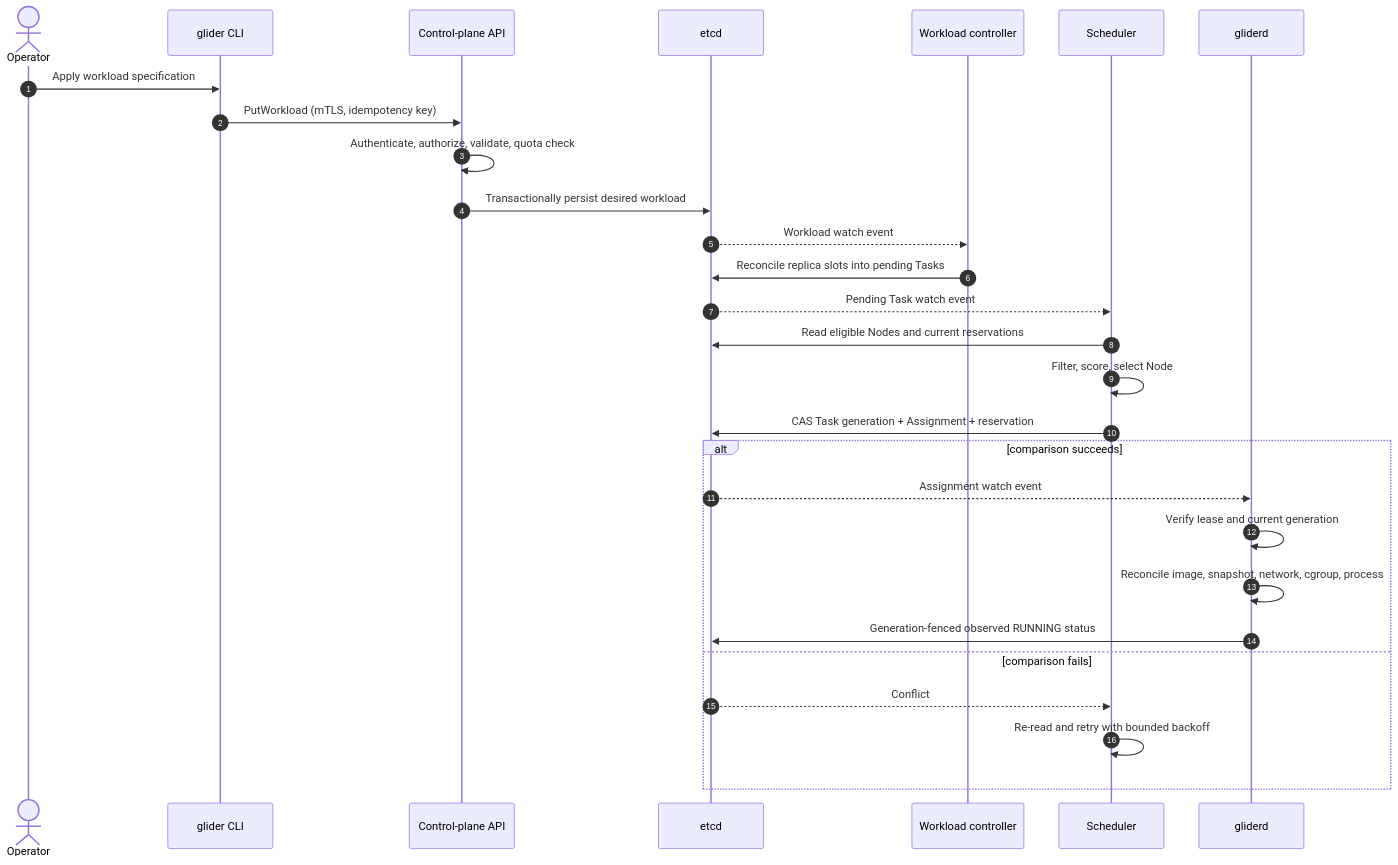
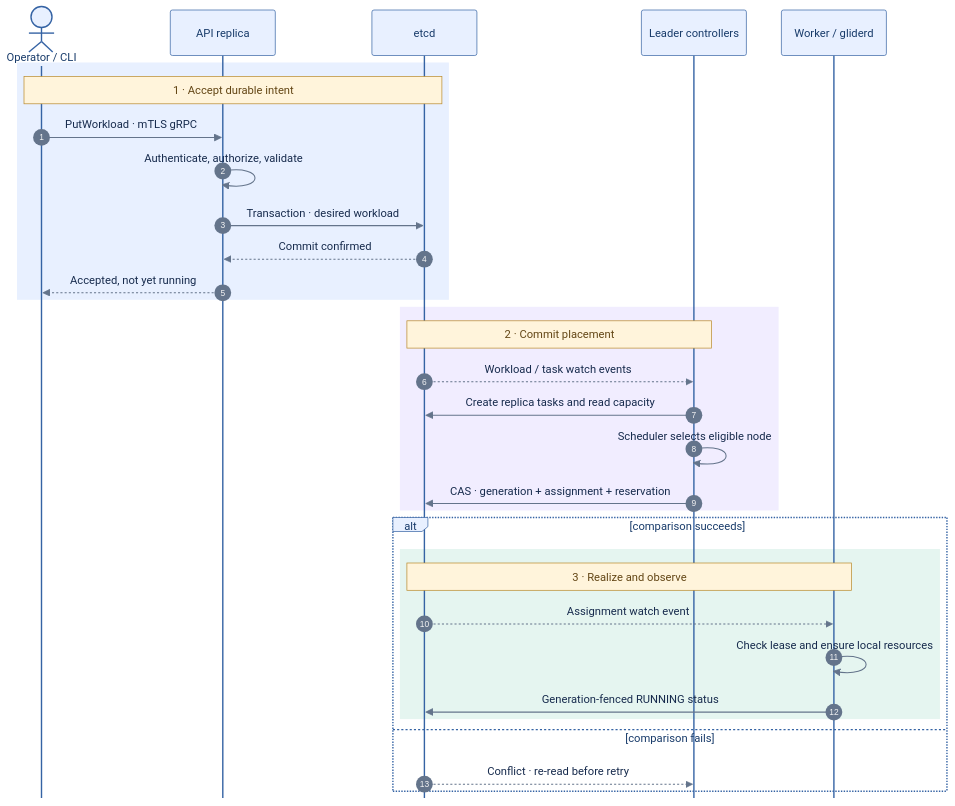
One commit to santinomarial/Glider changed the first of 4 diagrams in docs/architecture/runtime-flows.md. Above: the diagram before and after it, drawn with Mermaid. The commit also changed other lines of this file and 10 other files, not shown here.

Commit message:
Clarify architecture diagrams and add presentation exports

````diff
--- a/docs/architecture/runtime-flows.md
+++ b/docs/architecture/runtime-flows.md
@@ -9,31 +9,38 @@
 ```mermaid
+%%{init: {"theme":"base","themeVariables":{"fontFamily":"Arial, sans-serif","actorBkg":"#e8f0ff","actorBorder":"#3563a4","actorTextColor":"#183b6a","signalColor":"#64748b","signalTextColor":"#172b4d","noteBkgColor":"#fff4db","noteBorderColor":"#b9892a","noteTextColor":"#634615"},"sequence":{"mirrorActors":false,"messageMargin":26}}}%%
 sequenceDiagram
+    accTitle: Workload scheduling — two durable commit points
+    accDescr: The API first commits intent. Controllers create tasks and atomically bind them with a resource reservation. The node watches the assignment and reports observed state.
     autonumber
-    actor Operator
-    participant CLI as glider CLI
-    participant API as Control-plane API
+    actor CLI as Operator / CLI
+    participant API as API replica
     participant ETCD as etcd
-    participant WC as Workload controller
-    participant SCH as Scheduler
-    participant AG as gliderd
+    participant CTRL as Leader controllers
+    participant AG as Worker / gliderd
 
-    Operator->>CLI: Apply workload specification
-    CLI->>API: PutWorkload (mTLS, idempotency key)
-    API->>API: Authenticate, authorize, validate, quota check
-    API->>ETCD: Transactionally persist desired workload
-    ETCD-->>WC: Workload watch event
-    WC->>ETCD: Reconcile replica slots into pending Tasks
-    ETCD-->>SCH: Pending Task watch event
-    SCH->>ETCD: Read eligible Nodes and current reservations
-    SCH->>SCH: Filter, score, select Node
-    SCH->>ETCD: CAS Task generation + Assignment + reservation
+    rect rgb(232, 240, 255)
+        Note over CLI,ETCD: 1 · Accept durable intent
+        CLI->>API: PutWorkload · mTLS gRPC
+        API->>API: Authenticate, authorize, validate
+        API->>ETCD: Transaction · desired workload
+        ETCD-->>API: Commit confirmed
+        API-->>CLI: Accepted, not yet running
+    end
+    rect rgb(241, 237, 255)
+        Note over ETCD,CTRL: 2 · Commit placement
+        ETCD-->>CTRL: Workload / task watch events
+        CTRL->>ETCD: Create replica tasks and read capacity
+        CTRL->>CTRL: Scheduler selects eligible node
+        CTRL->>ETCD: CAS · generation + assignment + reservation
+    end
     alt comparison succeeds
+        rect rgb(229, 245, 240)
+        Note over ETCD,AG: 3 · Realize and observe
         ETCD-->>AG: Assignment watch event
-        AG->>AG: Verify lease and current generation
-        AG->>AG: Reconcile image, snapshot, network, cgroup, process
-        AG->>ETCD: Generation-fenced observed RUNNING status
+        AG->>AG: Check lease and ensure local resources
+        AG->>ETCD: Generation-fenced RUNNING status
+        end
     else comparison fails
-        ETCD-->>SCH: Conflict
-        SCH->>SCH: Re-read and retry with bounded backoff
+        ETCD-->>CTRL: Conflict · re-read before retry
     end
 ```
````
